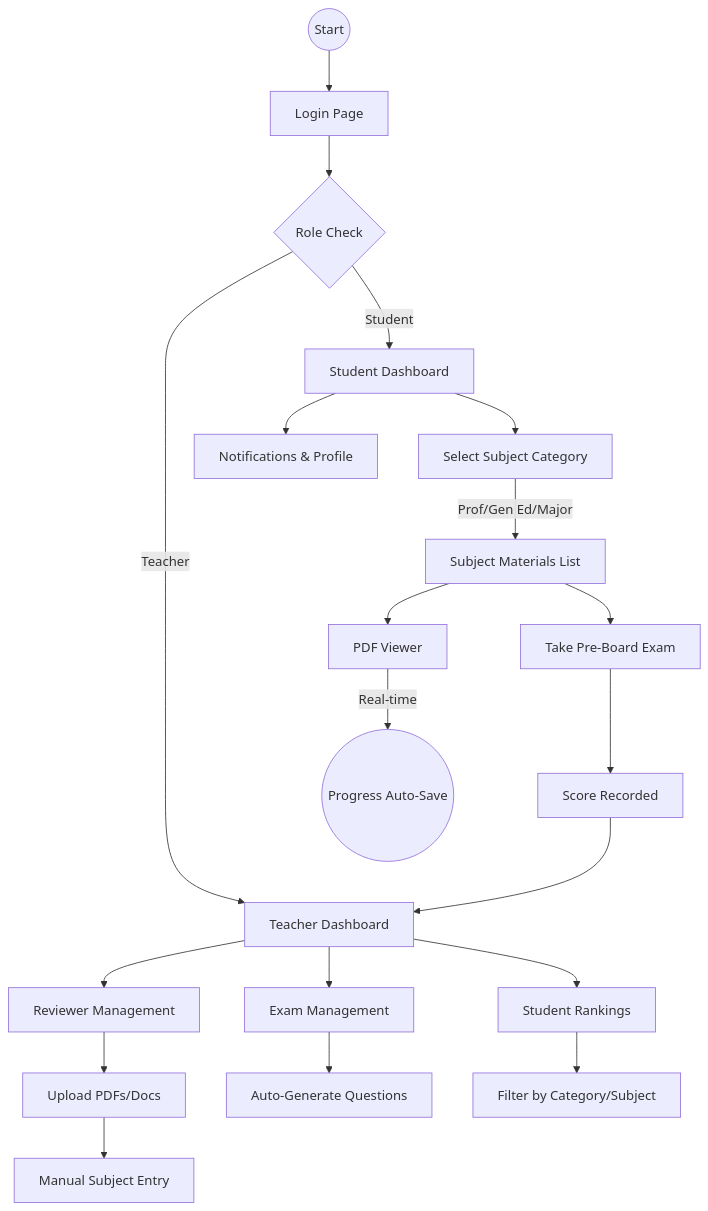
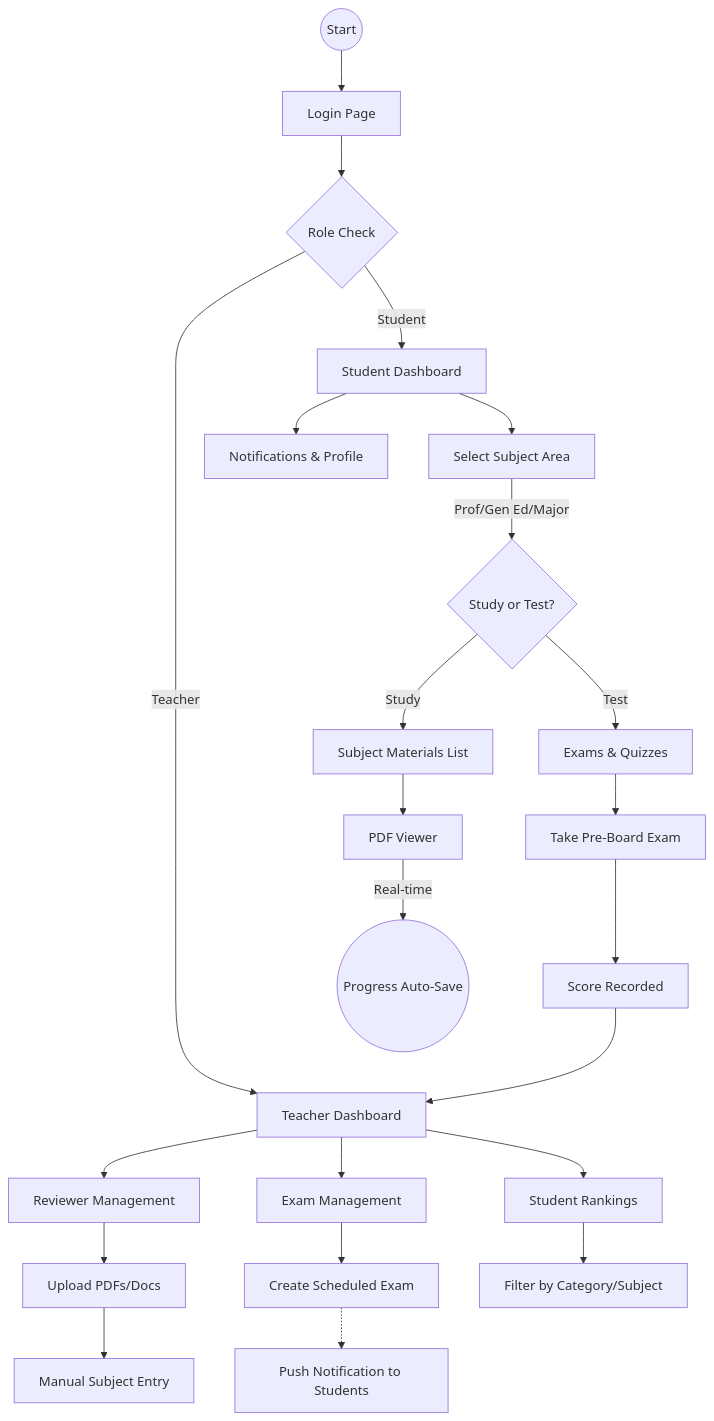
The diagram in README.md (YoursTrulyInarius/BTVTED_EXAM), drawn with Mermaid before and after one commit. The commit also changed other lines of this file and 8 other files, not shown here.

````diff
--- a/README.md
+++ b/README.md
@@ -19,26 +25,29 @@
 ```mermaid
 graph TD
     Start((Start)) --> Login[Login Page]
     Login --> Role{Role Check}
     
     %% Teacher Path
     Role -- Teacher --> TDash[Teacher Dashboard]
     TDash --> RevMan[Reviewer Management]
     RevMan --> Upload[Upload PDFs/Docs]
     Upload --> ManualSub[Manual Subject Entry]
     TDash --> ExamMan[Exam Management]
-    ExamMan --> AutoGen[Auto-Generate Questions]
+    ExamMan --> CreateExam[Create Scheduled Exam]
+    CreateExam -.-> Notify[Push Notification to Students]
     TDash --> StudRank[Student Rankings]
     StudRank --> RankFilter[Filter by Category/Subject]
     
     %% Student Path
     Role -- Student --> SDash[Student Dashboard]
     SDash --> NotiProf[Notifications & Profile]
-    SDash --> SubCat[Select Subject Category]
-    SubCat -- Prof/Gen Ed/Major --> SubList[Subject Materials List]
+    SDash --> SubCat[Select Subject Area]
+    SubCat -- Prof/Gen Ed/Major --> Choice{Study or Test?}
+    Choice -- Study --> SubList[Subject Materials List]
     SubList --> Reader[PDF Viewer]
     Reader -- Real-time --> ProgSync((Progress Auto-Save))
-    SubList --> TakeExam[Take Pre-Board Exam]
+    Choice -- Test --> ExamList[Exams & Quizzes]
+    ExamList --> TakeExam[Take Pre-Board Exam]
     TakeExam --> ScoreSync[Score Recorded]
     ScoreSync --> TDash
 ```
````
